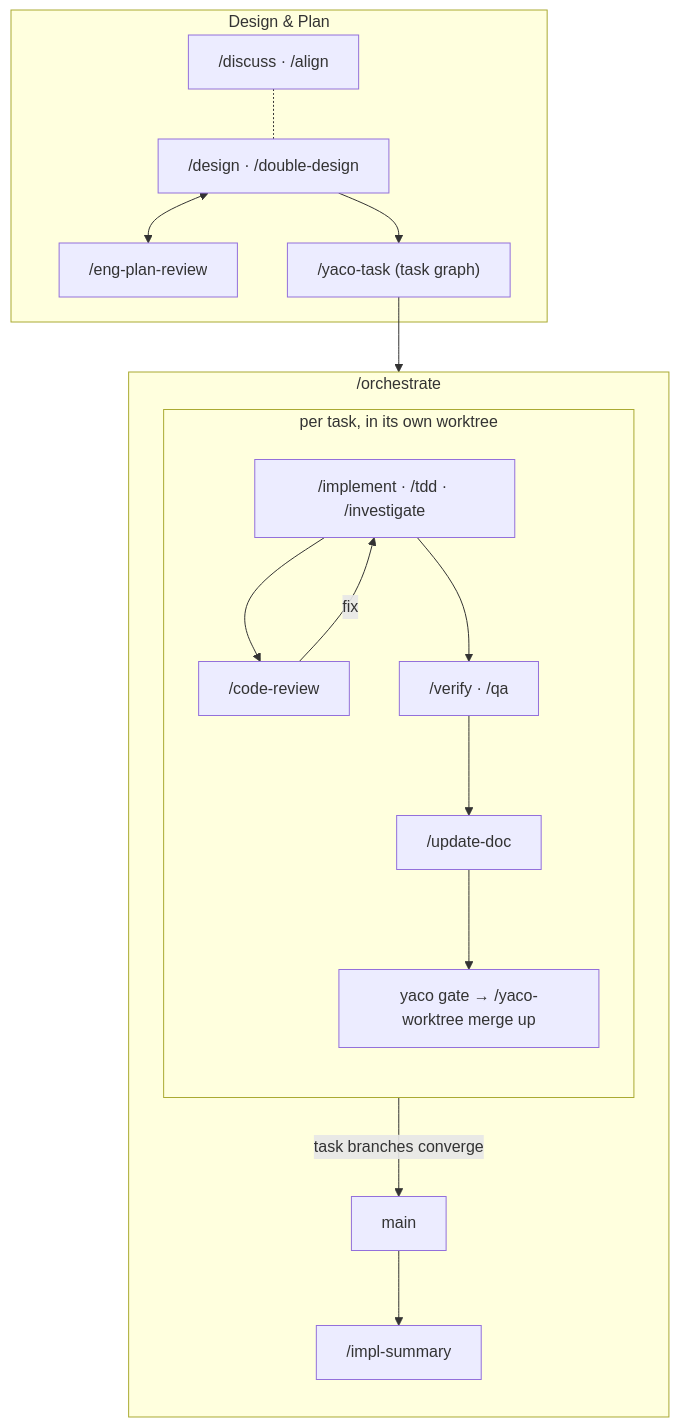
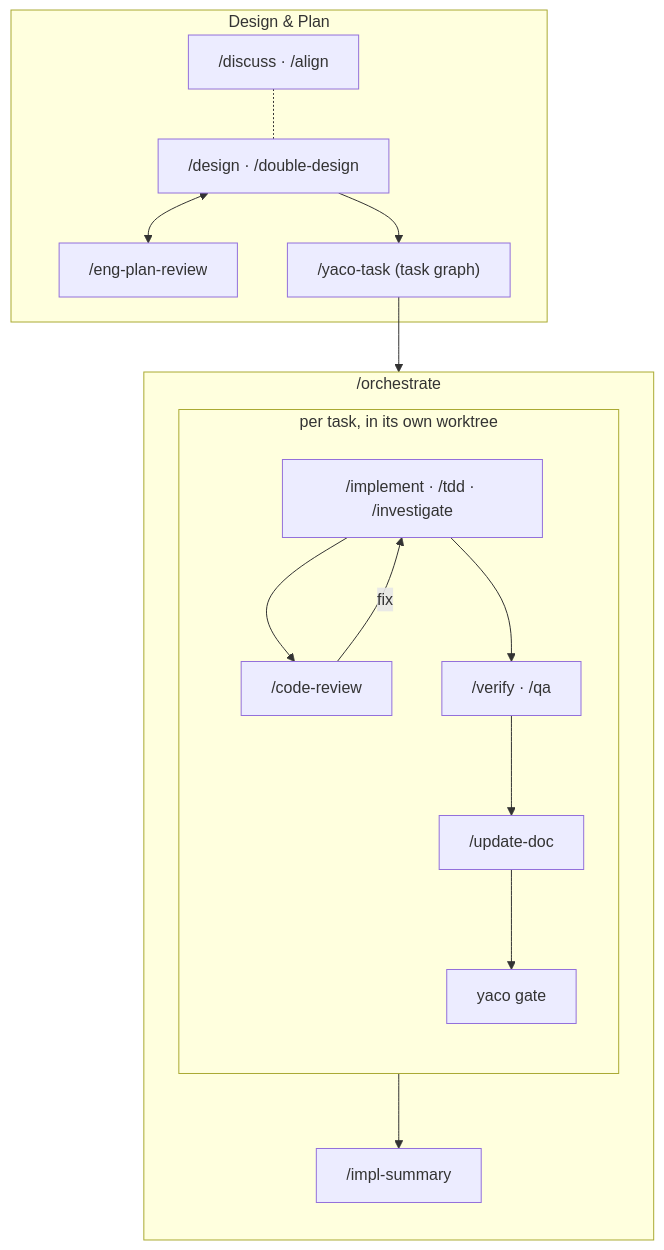
The diagram in README.md (imoonkey/yaco), drawn with Mermaid before and after one commit.

Commit message:
docs(readme): chart simplification — gate only; merge mechanics stay implicit

````diff
--- a/README.md
+++ b/README.md
@@ -115,22 +115,21 @@
 ```mermaid
 flowchart TB
     subgraph DE ["Design & Plan"]
         D["/design · /double-design"] <--> EPR["/eng-plan-review"]
         DIS["/discuss · /align"] -.- D
         D --> TG["/yaco-task (task graph)"]
     end
     subgraph OR ["/orchestrate"]
         direction TB
         subgraph BU ["per task, in its own worktree"]
             direction TB
             I["/implement · /tdd · /investigate"] --> CR["/code-review"]
             CR -->|fix| I
             I --> V["/verify · /qa"]
             V --> U["/update-doc"]
-            U --> G["yaco gate → /yaco-worktree merge up"]
+            U --> G["yaco gate"]
         end
-        BU -->|"task branches converge"| MAIN["main"]
-        MAIN --> IS["/impl-summary"]
+        BU --> IS["/impl-summary"]
     end
     TG --> OR
 ```
````
